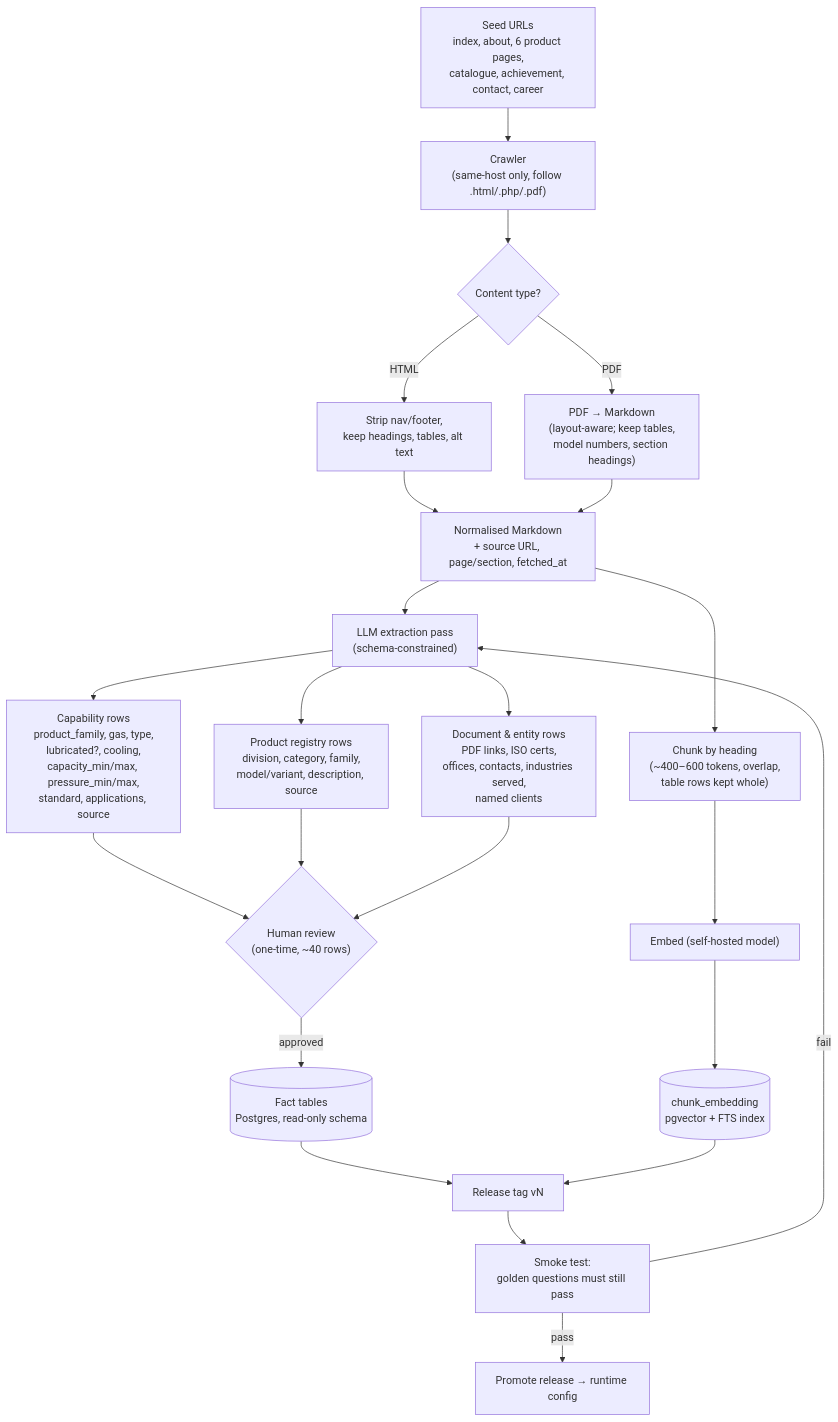
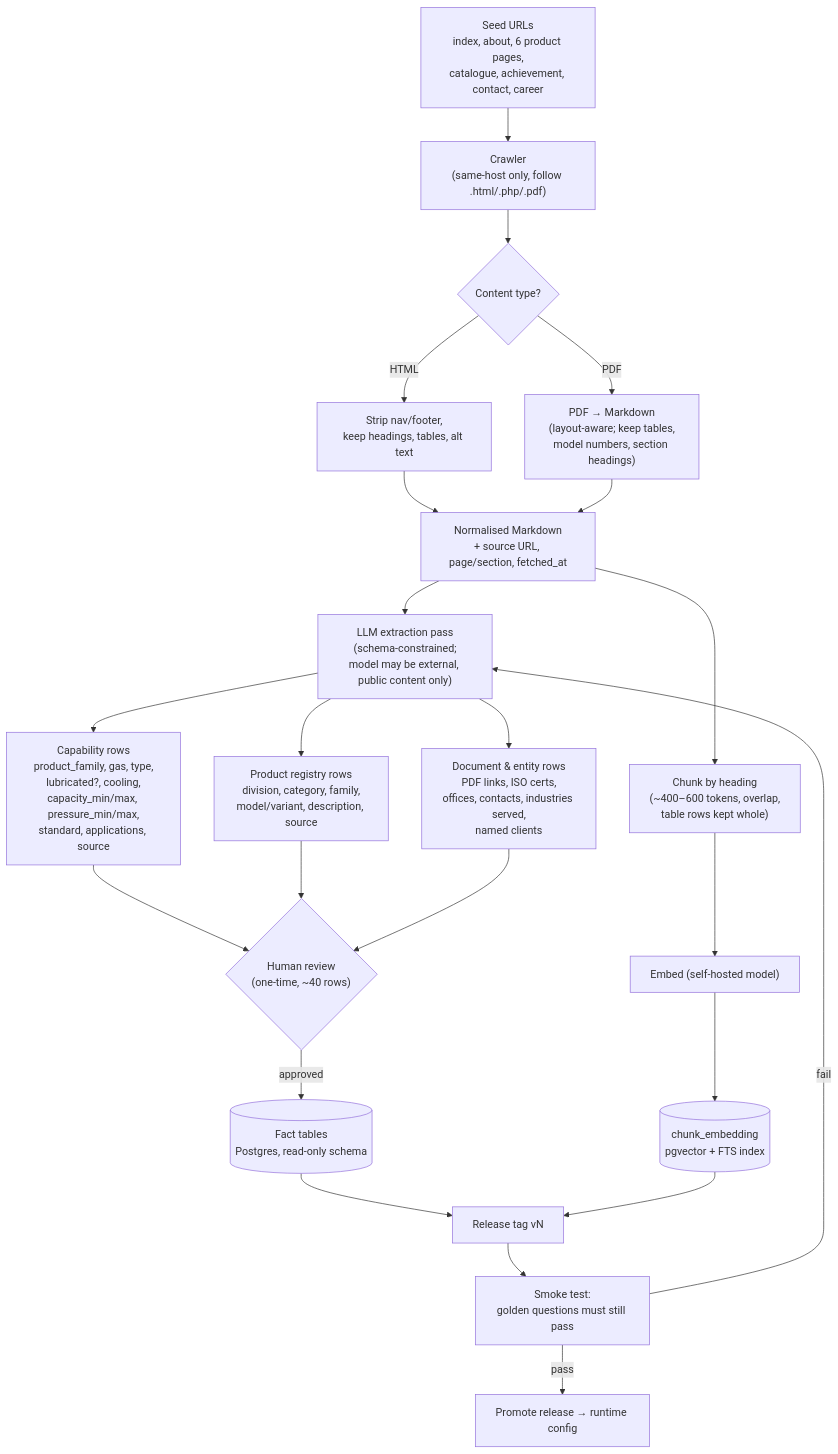
The second of 5 diagrams in docs/design/flow.md (arnab4892/project-venus), drawn with Mermaid before and after one commit. The commit also changed 6 other files, not shown here.

First line of the commit message:
docs(prd+propagate): CR-0002 external API LLM for extraction of public content [PRD-N-002, HLD-005]

````diff
--- a/docs/design/flow.md
+++ b/docs/design/flow.md
@@ -76,28 +76,28 @@
 ```mermaid
 flowchart TD
     A["Seed URLs<br/>index, about, 6 product pages,<br/>catalogue, achievement, contact, career"] --> B["Crawler<br/>(same-host only, follow .html/.php/.pdf)"]
     B --> C{"Content type?"}
     C -->|HTML| D["Strip nav/footer,<br/>keep headings, tables, alt text"]
     C -->|PDF| E["PDF → Markdown<br/>(layout-aware; keep tables,<br/>model numbers, section headings)"]
     D --> F["Normalised Markdown<br/>+ source URL, page/section, fetched_at"]
     E --> F
 
-    F --> G["LLM extraction pass<br/>(schema-constrained)"]
+    F --> G["LLM extraction pass<br/>(schema-constrained;<br/>model may be external, public content only)"]
     G --> G1["Capability rows<br/>product_family, gas, type,<br/>lubricated?, cooling,<br/>capacity_min/max, pressure_min/max,<br/>standard, applications, source"]
     G --> G2["Product registry rows<br/>division, category, family,<br/>model/variant, description, source"]
     G --> G3["Document & entity rows<br/>PDF links, ISO certs,<br/>offices, contacts, industries served,<br/>named clients"]
     G1 --> H{"Human review<br/>(one-time, ~40 rows)"}
     G2 --> H
     G3 --> H
     H -->|approved| I[("Fact tables<br/>Postgres, read-only schema")]
 
     F --> J["Chunk by heading<br/>(~400–600 tokens, overlap,<br/>table rows kept whole)"]
     J --> K["Embed (self-hosted model)"]
     K --> L[("chunk_embedding<br/>pgvector + FTS index")]
 
     I --> M["Release tag vN"]
     L --> M
     M --> N["Smoke test:<br/>golden questions must still pass"]
     N -->|pass| O["Promote release → runtime config"]
     N -->|fail| G
 ```
````
